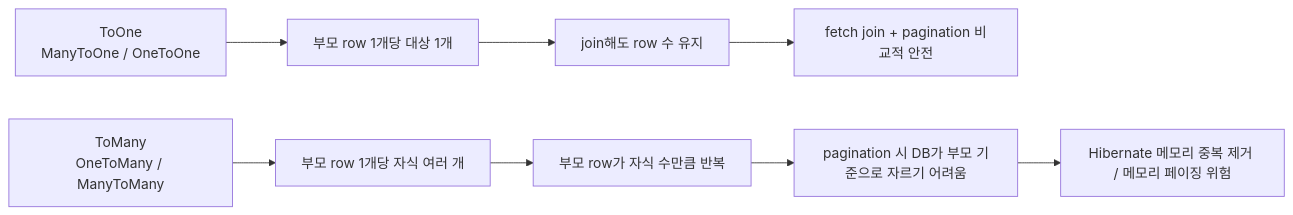
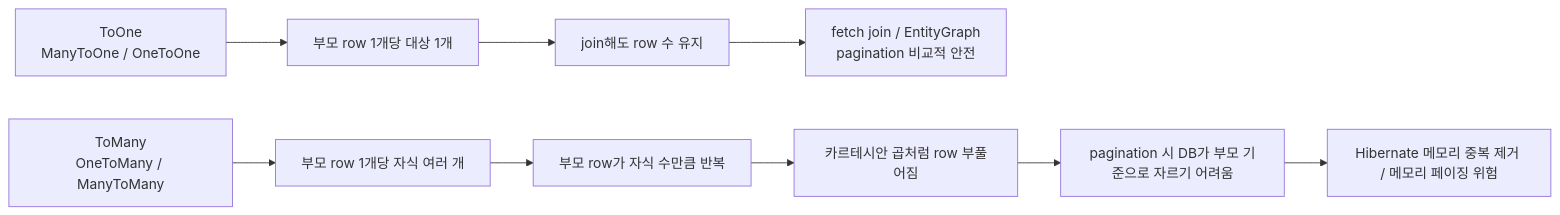
The fifth of 5 diagrams in docs/antigravity/backend/issue-110-ranking-query-api.md (moonwhistle/League-of-Star), drawn with Mermaid before and after one commit. The commit also changed other lines of this file, not shown here.

````diff
--- a/docs/antigravity/backend/issue-110-ranking-query-api.md
+++ b/docs/antigravity/backend/issue-110-ranking-query-api.md
@@ -570,11 +590,12 @@
   ```mermaid
   flowchart LR
       A["ToOne<br/>ManyToOne / OneToOne"] --> B["부모 row 1개당 대상 1개"]
       B --> C["join해도 row 수 유지"]
-      C --> D["fetch join + pagination 비교적 안전"]
+      C --> D["fetch join / EntityGraph<br/>pagination 비교적 안전"]
 
       E["ToMany<br/>OneToMany / ManyToMany"] --> F["부모 row 1개당 자식 여러 개"]
       F --> G["부모 row가 자식 수만큼 반복"]
-      G --> H["pagination 시 DB가 부모 기준으로 자르기 어려움"]
-      H --> I["Hibernate 메모리 중복 제거 / 메모리 페이징 위험"]
+      G --> H["카르테시안 곱처럼 row 부풀어짐"]
+      H --> I["pagination 시 DB가 부모 기준으로 자르기 어려움"]
+      I --> J["Hibernate 메모리 중복 제거 / 메모리 페이징 위험"]
   ```
````
